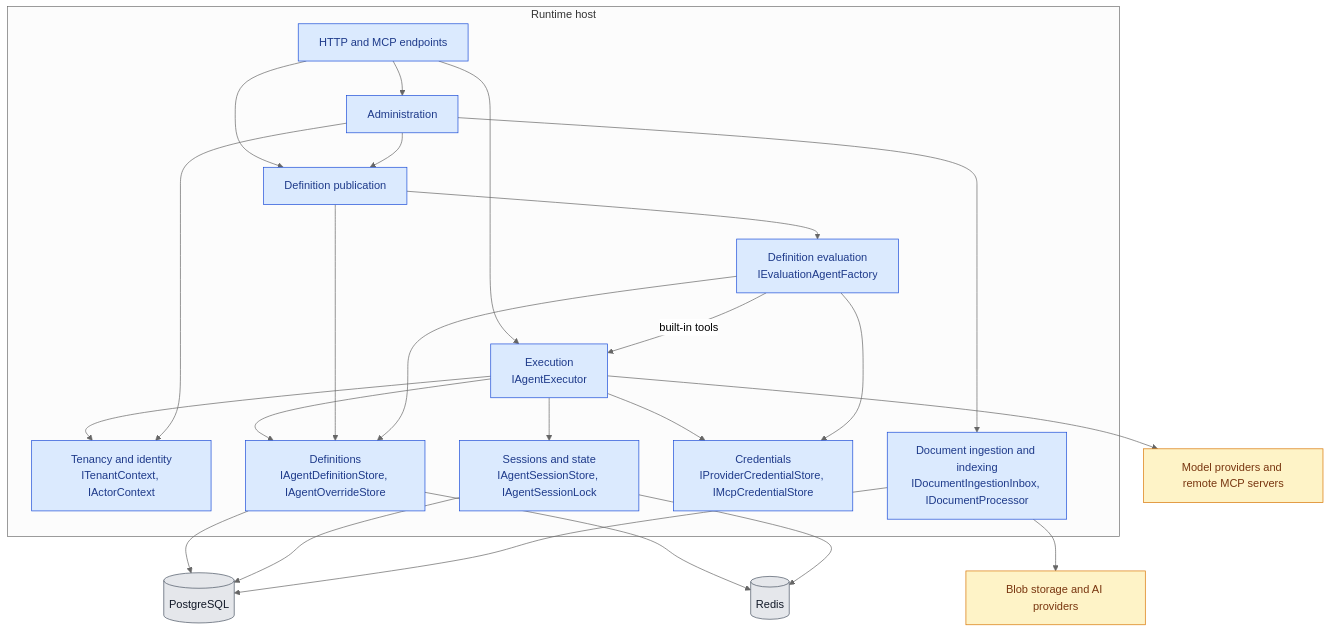
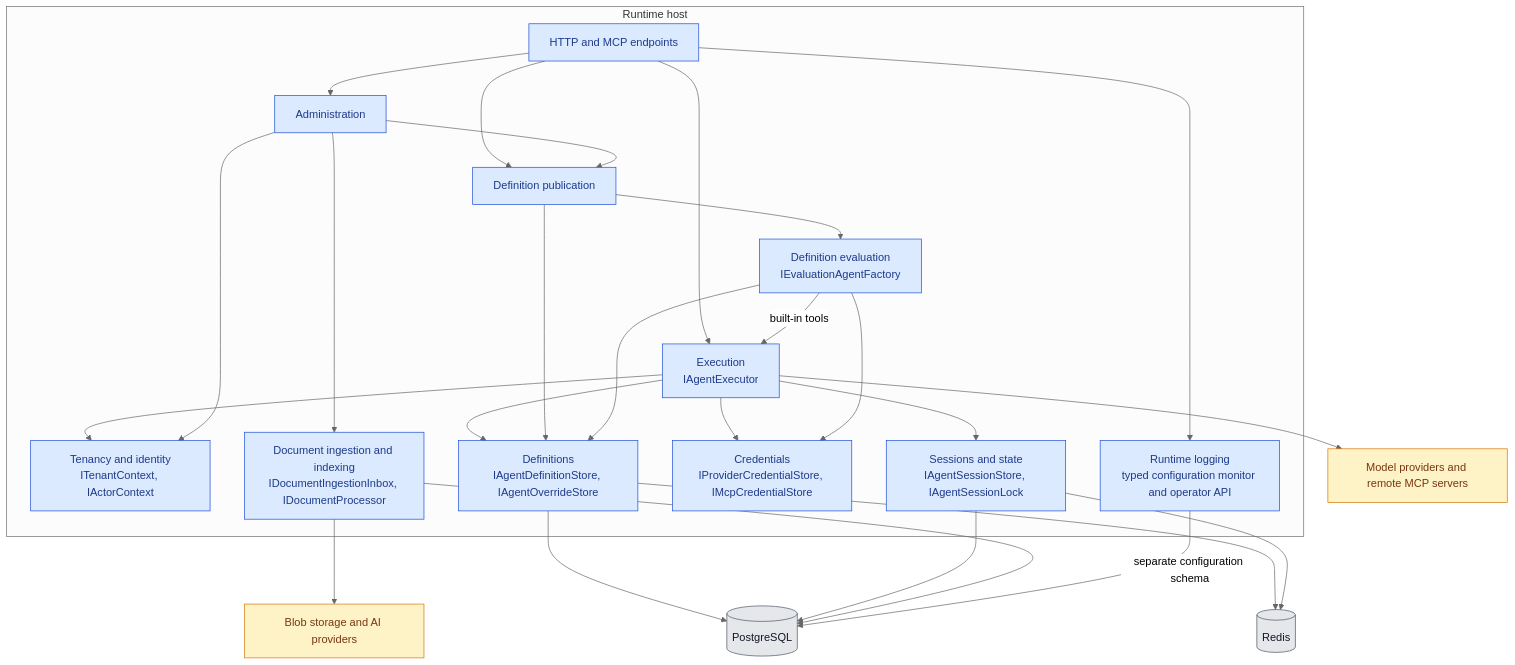
One commit to f2calv/agentizr changed the second of 3 diagrams in docs/architecture.md. Above: the diagram before and after it, drawn with Mermaid (neutral theme). The commit also changed other lines of this file and 132 other files, not shown here.

````diff
--- a/docs/architecture.md
+++ b/docs/architecture.md
@@ -49,42 +50,45 @@
 ```mermaid
 flowchart TB
     classDef component fill:#dbeafe,stroke:#1d4ed8,color:#1e3a8a
     classDef store fill:#e5e7eb,stroke:#4b5563,color:#111827
     classDef external fill:#fef3c7,stroke:#d97706,color:#78350f
 
     subgraph runtime [Runtime host]
         endpoints[HTTP and MCP endpoints]:::component
         tenancy[Tenancy and identity<br/>ITenantContext, IActorContext]:::component
         execution[Execution<br/>IAgentExecutor]:::component
         publication[Definition publication]:::component
         evaluation[Definition evaluation<br/>IEvaluationAgentFactory]:::component
         definitions[Definitions<br/>IAgentDefinitionStore, IAgentOverrideStore]:::component
         sessions[Sessions and state<br/>IAgentSessionStore, IAgentSessionLock]:::component
         credentials[Credentials<br/>IProviderCredentialStore, IMcpCredentialStore]:::component
         administration[Administration]:::component
         documents[Document ingestion and indexing<br/>IDocumentIngestionInbox, IDocumentProcessor]:::component
+        logging[Runtime logging<br/>typed configuration monitor and operator API]:::component
 
         endpoints --> execution
         endpoints --> publication
         endpoints --> administration
         execution --> definitions
         execution --> sessions
         execution --> credentials
         execution --> tenancy
         publication --> evaluation
         publication --> definitions
         evaluation --> definitions
         evaluation --> credentials
         evaluation -->|built-in tools| execution
         administration --> publication
         administration --> documents
         administration --> tenancy
+        endpoints --> logging
     end
     definitions --> pg[(PostgreSQL)]:::store
     definitions --> redis[(Redis)]:::store
     sessions --> pg
     sessions --> redis
     documents --> pg
+    logging -->|separate configuration schema| pg
     execution --> models[Model providers and remote MCP servers]:::external
     documents --> blob[Blob storage and AI providers]:::external
 ```
````
